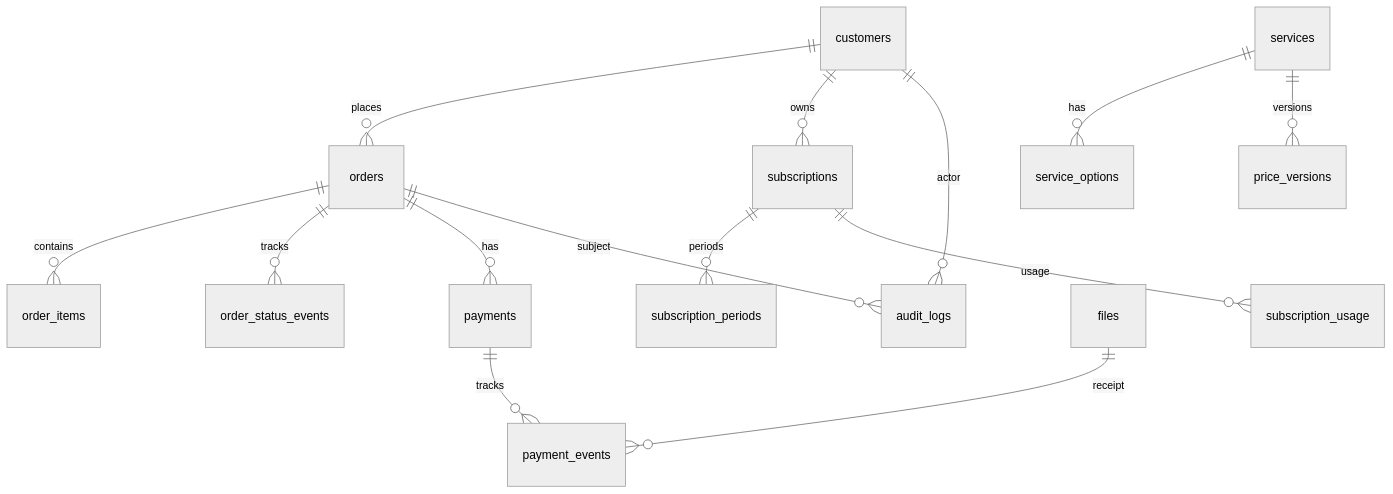
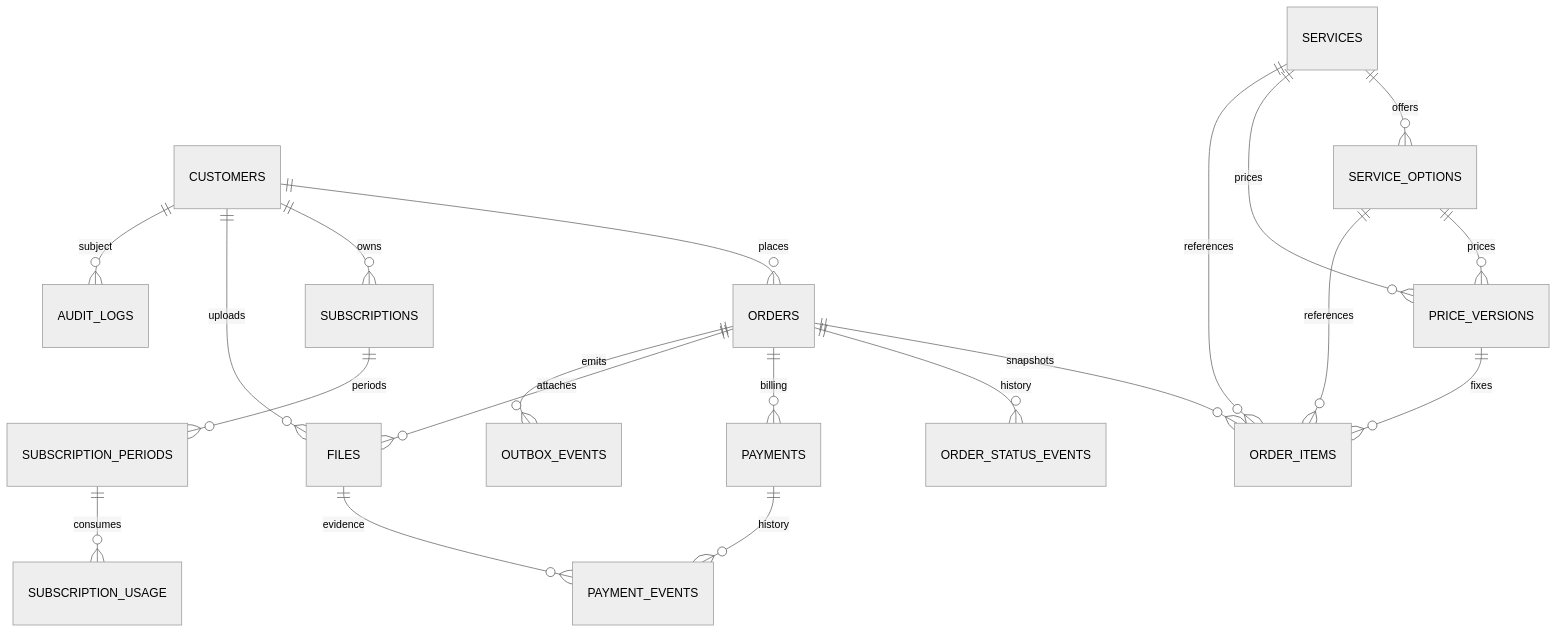
The diagram in docs/architecture-2.0.md (wwpwearpackworlwide-afk/Ivanov-miniapp), drawn with Mermaid (neutral theme) before and after one commit. The commit also changed other lines of this file, not shown here.

Commit message:
Restore exact Unicode-sensitive tests and complete architecture documentation [skip ci]

````diff
--- a/docs/architecture-2.0.md
+++ b/docs/architecture-2.0.md
@@ -7,16 +13,22 @@
 ```mermaid
 erDiagram
-  customers ||--o{ orders : places
-  customers ||--o{ subscriptions : owns
-  services ||--o{ service_options : has
-  services ||--o{ price_versions : versions
-  orders ||--o{ order_items : contains
-  orders ||--o{ order_status_events : tracks
-  orders ||--o{ payments : has
-  payments ||--o{ payment_events : tracks
-  subscriptions ||--o{ subscription_periods : periods
-  subscriptions ||--o{ subscription_usage : usage
-  files ||--o{ payment_events : receipt
-  customers ||--o{ audit_logs : actor
-  orders ||--o{ audit_logs : subject
+  CUSTOMERS ||--o{ ORDERS : places
+  CUSTOMERS ||--o{ SUBSCRIPTIONS : owns
+  CUSTOMERS ||--o{ FILES : uploads
+  SERVICES ||--o{ SERVICE_OPTIONS : offers
+  SERVICES ||--o{ PRICE_VERSIONS : prices
+  SERVICE_OPTIONS ||--o{ PRICE_VERSIONS : prices
+  ORDERS ||--o{ ORDER_ITEMS : snapshots
+  SERVICES ||--o{ ORDER_ITEMS : references
+  SERVICE_OPTIONS ||--o{ ORDER_ITEMS : references
+  PRICE_VERSIONS ||--o{ ORDER_ITEMS : fixes
+  ORDERS ||--o{ ORDER_STATUS_EVENTS : history
+  ORDERS ||--o{ PAYMENTS : billing
+  PAYMENTS ||--o{ PAYMENT_EVENTS : history
+  FILES ||--o{ PAYMENT_EVENTS : evidence
+  SUBSCRIPTIONS ||--o{ SUBSCRIPTION_PERIODS : periods
+  SUBSCRIPTION_PERIODS ||--o{ SUBSCRIPTION_USAGE : consumes
+  ORDERS ||--o{ FILES : attaches
+  ORDERS ||--o{ OUTBOX_EVENTS : emits
+  CUSTOMERS ||--o{ AUDIT_LOGS : subject
 ```
````
